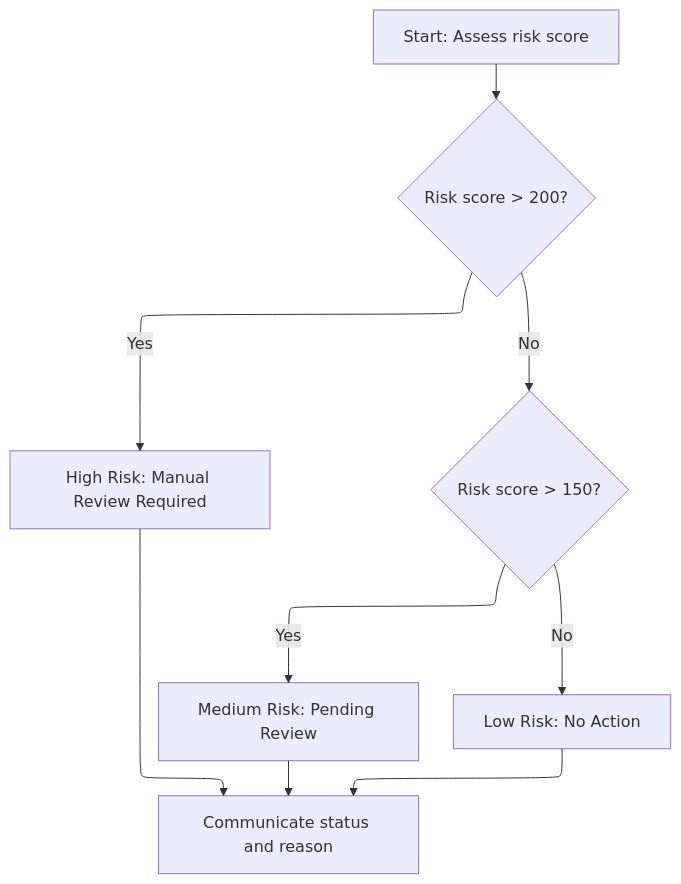
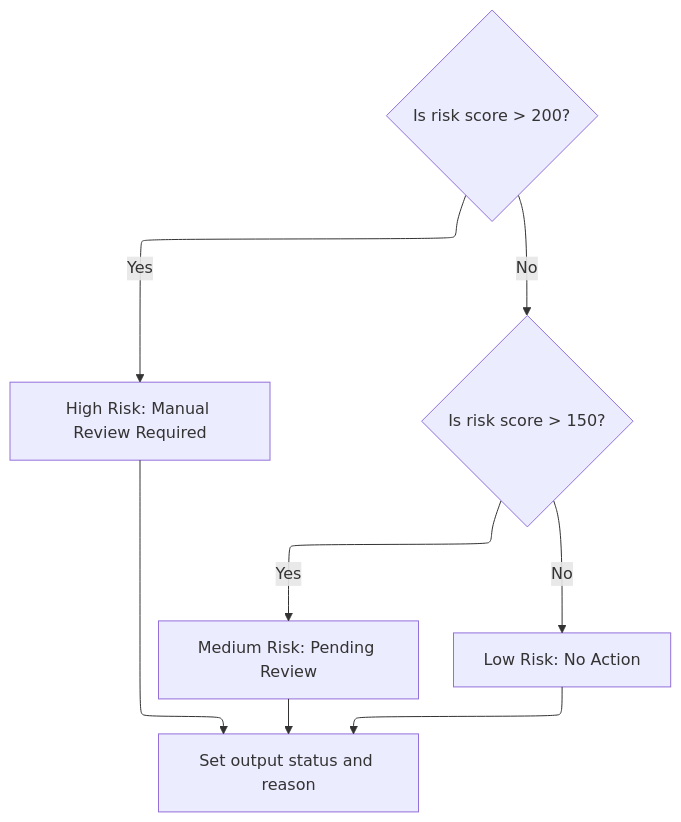
One commit to Giri-Swimm/Swimmio-genapp-motor changed the fourth of 4 diagrams in .swm/risk-assessment-and-premium-calculation-lgpcalc1.a7vdekvv.sw.md. Above: the diagram before and after it, drawn with Mermaid. The commit also changed other lines of this file and 21 other files, not shown here.

````diff
--- a/.swm/risk-assessment-and-premium-calculation-lgpcalc1.a7vdekvv.sw.md
+++ b/.swm/risk-assessment-and-premium-calculation-lgpcalc1.a7vdekvv.sw.md
@@ -464,40 +441,38 @@
 ```mermaid
 %%{init: {"flowchart": {"defaultRenderer": "elk"}} }%%
 flowchart TD
-    node1["Start: Assess risk score"] --> node2{"Risk score > 200?"}
-    click node1 openCode "base/src/lgpcalc1.cbl:185:189"
+    node2{"Is risk score > 200?"}
+    click node2 openCode "base/src/lgpcalc1.cbl:189:193"
     node2 -->|"Yes"| node3["High Risk: Manual Review Required"]
-    click node2 openCode "base/src/lgpcalc1.cbl:189:193"
-    node2 -->|"No"| node4{"Risk score > 150?"}
-    click node4 openCode "base/src/lgpcalc1.cbl:194:198"
+    click node3 openCode "base/src/lgpcalc1.cbl:190:192"
+    node2 -->|"No"| node4{"Is risk score > 150?"}
+    click node4 openCode "base/src/lgpcalc1.cbl:194:197"
     node4 -->|"Yes"| node5["Medium Risk: Pending Review"]
+    click node5 openCode "base/src/lgpcalc1.cbl:195:197"
     node4 -->|"No"| node6["Low Risk: No Action"]
-    node3 --> node7["Communicate status and reason"]
+    click node6 openCode "base/src/lgpcalc1.cbl:199:200"
+    node3 --> node7["Set output status and reason"]
+    click node7 openCode "base/src/lgpcalc1.cbl:204:205"
     node5 --> node7
     node6 --> node7
-    click node3 openCode "base/src/lgpcalc1.cbl:190:192"
-    click node5 openCode "base/src/lgpcalc1.cbl:195:197"
-    click node6 openCode "base/src/lgpcalc1.cbl:199:200"
-    click node7 openCode "base/src/lgpcalc1.cbl:204:205"
 classDef HeadingStyle fill:#777777,stroke:#333,stroke-width:2px;
 
 %% Swimm:
 %% %%{init: {"flowchart": {"defaultRenderer": "elk"}} }%%
 %% flowchart TD
-%%     node1["Start: Assess risk score"] --> node2{"Risk score > 200?"}
-%%     click node1 openCode "<SwmPath>[base/src/lgpcalc1.cbl](base/src/lgpcalc1.cbl)</SwmPath>:185:189"
+%%     node2{"Is risk score > 200?"}
+%%     click node2 openCode "<SwmPath>[base/src/lgpcalc1.cbl](base/src/lgpcalc1.cbl)</SwmPath>:189:193"
 %%     node2 -->|"Yes"| node3["High Risk: Manual Review Required"]
-%%     click node2 openCode "<SwmPath>[base/src/lgpcalc1.cbl](base/src/lgpcalc1.cbl)</SwmPath>:189:193"
-%%     node2 -->|"No"| node4{"Risk score > 150?"}
-%%     click node4 openCode "<SwmPath>[base/src/lgpcalc1.cbl](base/src/lgpcalc1.cbl)</SwmPath>:194:198"
+%%     click node3 openCode "<SwmPath>[base/src/lgpcalc1.cbl](base/src/lgpcalc1.cbl)</SwmPath>:190:192"
+%%     node2 -->|"No"| node4{"Is risk score > 150?"}
+%%     click node4 openCode "<SwmPath>[base/src/lgpcalc1.cbl](base/src/lgpcalc1.cbl)</SwmPath>:194:197"
 %%     node4 -->|"Yes"| node5["Medium Risk: Pending Review"]
+%%     click node5 openCode "<SwmPath>[base/src/lgpcalc1.cbl](base/src/lgpcalc1.cbl)</SwmPath>:195:197"
 %%     node4 -->|"No"| node6["Low Risk: No Action"]
-%%     node3 --> node7["Communicate status and reason"]
+%%     click node6 openCode "<SwmPath>[base/src/lgpcalc1.cbl](base/src/lgpcalc1.cbl)</SwmPath>:199:200"
+%%     node3 --> node7["Set output status and reason"]
+%%     click node7 openCode "<SwmPath>[base/src/lgpcalc1.cbl](base/src/lgpcalc1.cbl)</SwmPath>:204:205"
 %%     node5 --> node7
 %%     node6 --> node7
-%%     click node3 openCode "<SwmPath>[base/src/lgpcalc1.cbl](base/src/lgpcalc1.cbl)</SwmPath>:190:192"
-%%     click node5 openCode "<SwmPath>[base/src/lgpcalc1.cbl](base/src/lgpcalc1.cbl)</SwmPath>:195:197"
-%%     click node6 openCode "<SwmPath>[base/src/lgpcalc1.cbl](base/src/lgpcalc1.cbl)</SwmPath>:199:200"
-%%     click node7 openCode "<SwmPath>[base/src/lgpcalc1.cbl](base/src/lgpcalc1.cbl)</SwmPath>:204:205"
 %% classDef HeadingStyle fill:#777777,stroke:#333,stroke-width:2px;
 ```
````
